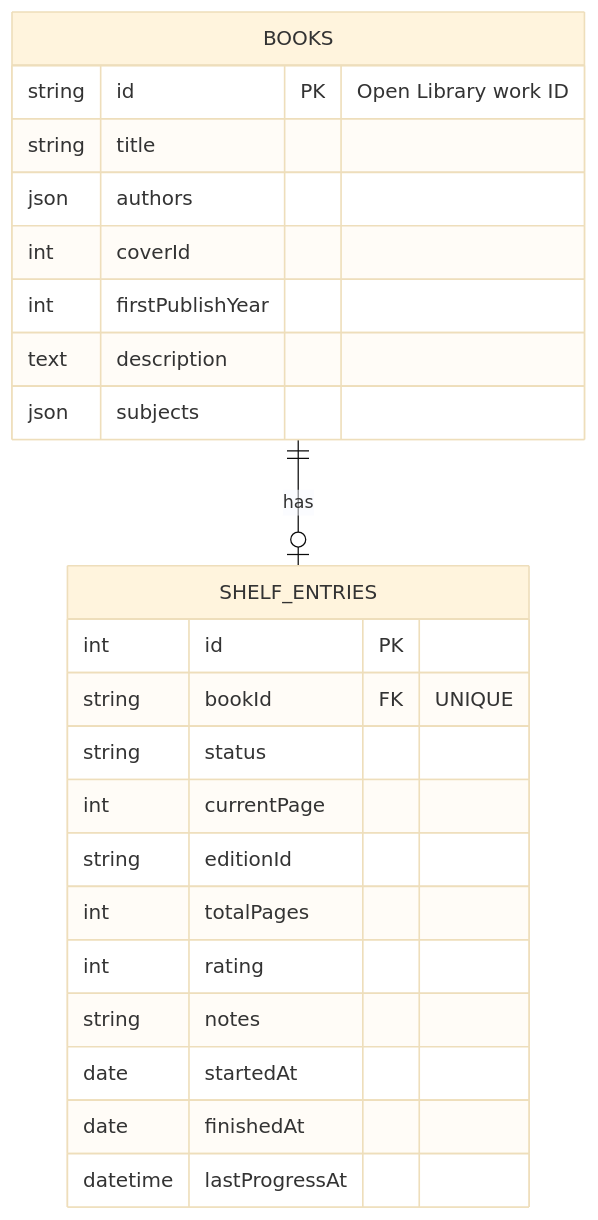
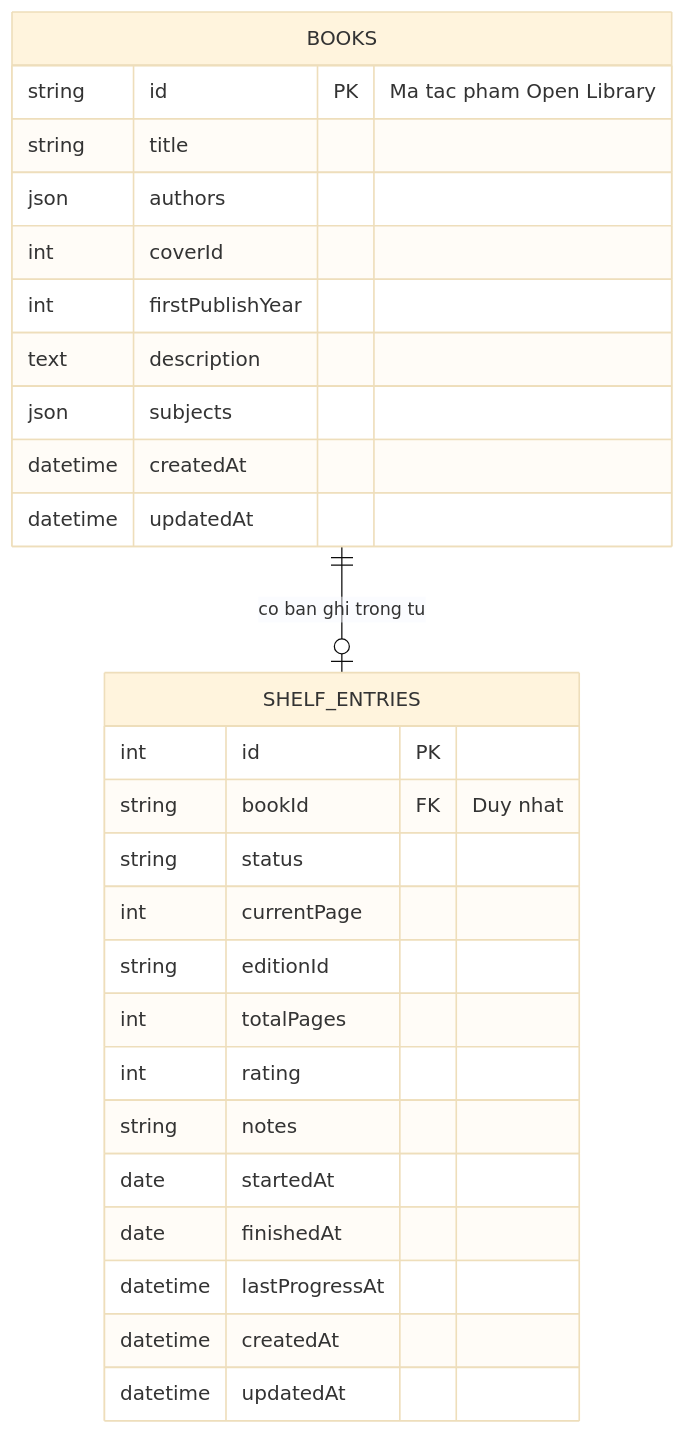
One commit to Ngoquyen07/bookmg-workspace changed the second of 2 diagrams in README.md. Above: the diagram before and after it, drawn with Mermaid (base theme). The commit also changed other lines of this file, not shown here.

````diff
--- a/README.md
+++ b/README.md
@@ -39,26 +202,30 @@
 ```mermaid
 erDiagram
-    BOOKS ||--o| SHELF_ENTRIES : "has"
+    BOOKS ||--o| SHELF_ENTRIES : "co ban ghi trong tu"
     BOOKS {
-        string id PK "Open Library work ID"
+        string id PK "Ma tac pham Open Library"
         string title
         json authors
         int coverId
         int firstPublishYear
         text description
         json subjects
+        datetime createdAt
+        datetime updatedAt
     }
     SHELF_ENTRIES {
         int id PK
-        string bookId FK "UNIQUE"
+        string bookId FK "Duy nhat"
         string status
         int currentPage
         string editionId
         int totalPages
         int rating
         string notes
         date startedAt
         date finishedAt
         datetime lastProgressAt
+        datetime createdAt
+        datetime updatedAt
     }
 ```
````
